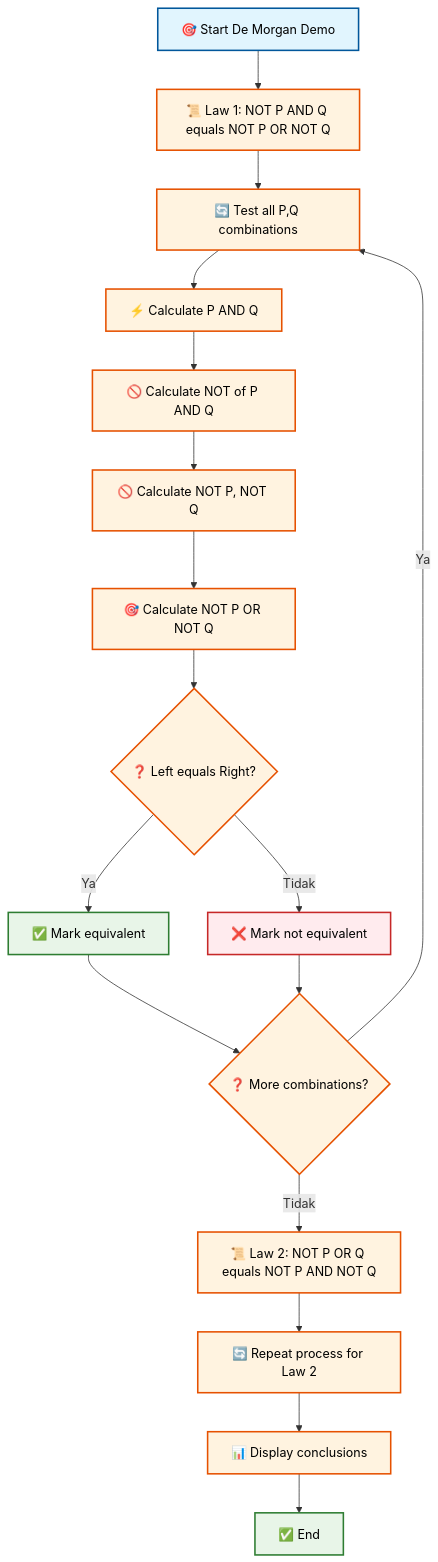
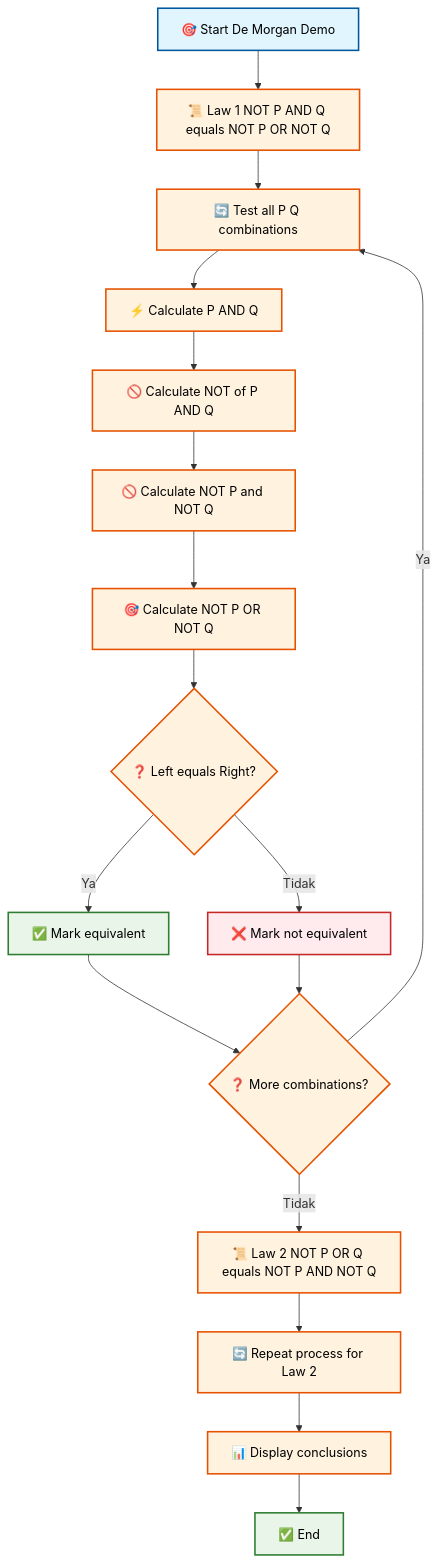
Before and after one commit to antonprafanto/logikamatematika: the second of 10 diagrams in pertemuan3.md, drawn with Mermaid. The commit also changed other lines of this file, not shown here.

````diff
--- a/pertemuan3.md
+++ b/pertemuan3.md
@@ -264,35 +264,35 @@
 ```mermaid
 flowchart TD
-    A[🎯 Start De Morgan Demo] --> B[📜 Law 1: NOT P AND Q equals NOT P OR NOT Q]
-    B --> C[🔄 Test all P,Q combinations]
+    A[🎯 Start De Morgan Demo] --> B[📜 Law 1 NOT P AND Q equals NOT P OR NOT Q]
+    B --> C[🔄 Test all P Q combinations]
     C --> D[⚡ Calculate P AND Q]
     D --> E[🚫 Calculate NOT of P AND Q]
-    E --> F[🚫 Calculate NOT P, NOT Q]
+    E --> F[🚫 Calculate NOT P and NOT Q]
     F --> G[🎯 Calculate NOT P OR NOT Q]
     G --> H{❓ Left equals Right?}
     H -->|Ya| I[✅ Mark equivalent]
     H -->|Tidak| J[❌ Mark not equivalent]
     I --> K{❓ More combinations?}
     J --> K
     K -->|Ya| C
-    K -->|Tidak| L[📜 Law 2: NOT P OR Q equals NOT P AND NOT Q]
+    K -->|Tidak| L[📜 Law 2 NOT P OR Q equals NOT P AND NOT Q]
     L --> M[🔄 Repeat process for Law 2]
     M --> N[📊 Display conclusions]
     N --> O[✅ End]
     
     style A fill:#e1f5fe,stroke:#01579b,stroke-width:2px,color:#000
     style B fill:#fff3e0,stroke:#e65100,stroke-width:2px,color:#000
     style C fill:#fff3e0,stroke:#e65100,stroke-width:2px,color:#000
     style D fill:#fff3e0,stroke:#e65100,stroke-width:2px,color:#000
     style E fill:#fff3e0,stroke:#e65100,stroke-width:2px,color:#000
     style F fill:#fff3e0,stroke:#e65100,stroke-width:2px,color:#000
     style G fill:#fff3e0,stroke:#e65100,stroke-width:2px,color:#000
     style H fill:#fff3e0,stroke:#e65100,stroke-width:2px,color:#000
     style I fill:#e8f5e8,stroke:#2e7d32,stroke-width:2px,color:#000
     style J fill:#ffebee,stroke:#c62828,stroke-width:2px,color:#000
     style K fill:#fff3e0,stroke:#e65100,stroke-width:2px,color:#000
     style L fill:#fff3e0,stroke:#e65100,stroke-width:2px,color:#000
     style M fill:#fff3e0,stroke:#e65100,stroke-width:2px,color:#000
     style N fill:#fff3e0,stroke:#e65100,stroke-width:2px,color:#000
     style O fill:#e8f5e8,stroke:#2e7d32,stroke-width:2px,color:#000
 ```
````
